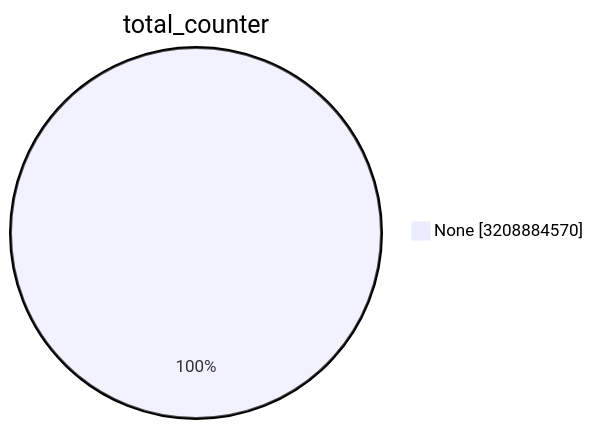
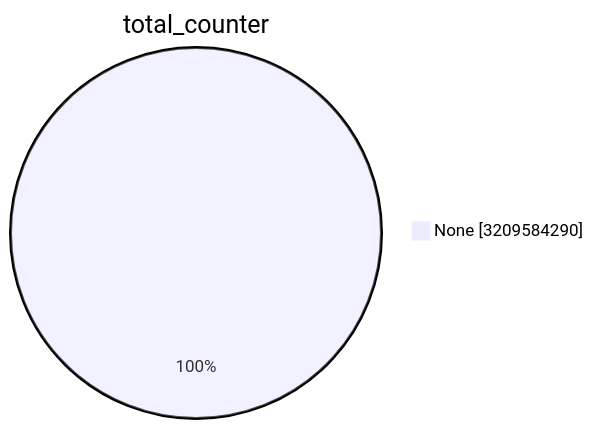
The first of 15 diagrams in TOTAL/README.md (christiankrug/ctmonitor_visualization), drawn with Mermaid before and after one commit. The commit also changed other lines of this file, not shown here.

````diff
--- a/TOTAL/README.md
+++ b/TOTAL/README.md
@@ -1,5 +1,5 @@
 ```mermaid
 pie showData
 title total_counter
-"None" :3208884570
+"None" :3209584290
 ```
````
